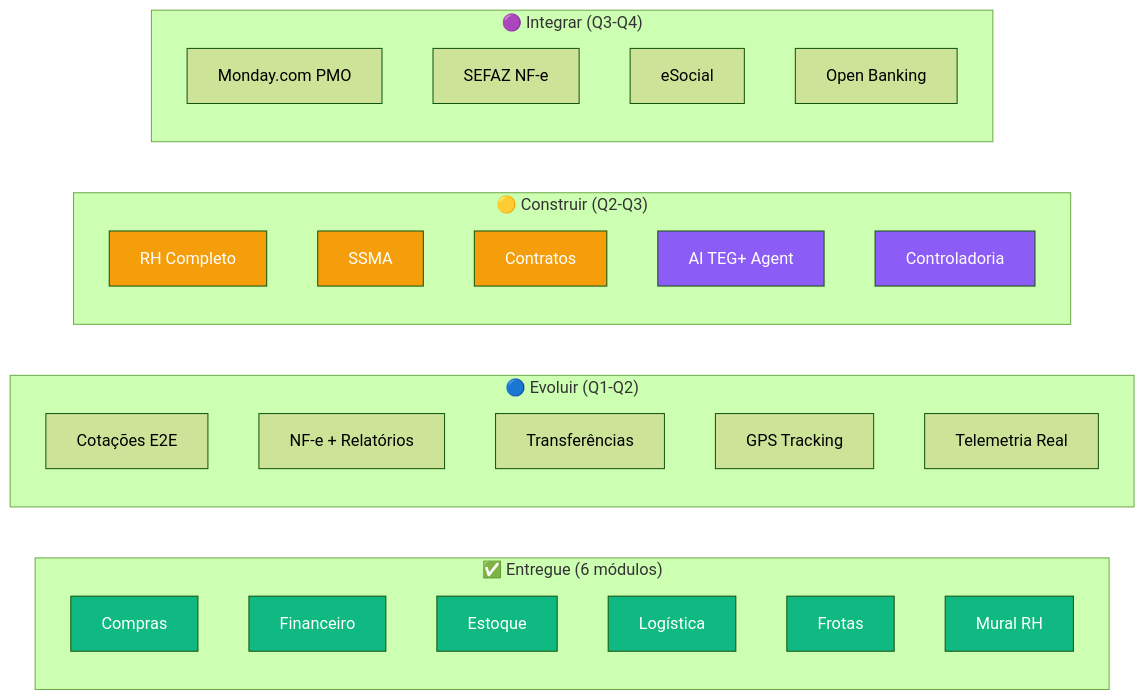
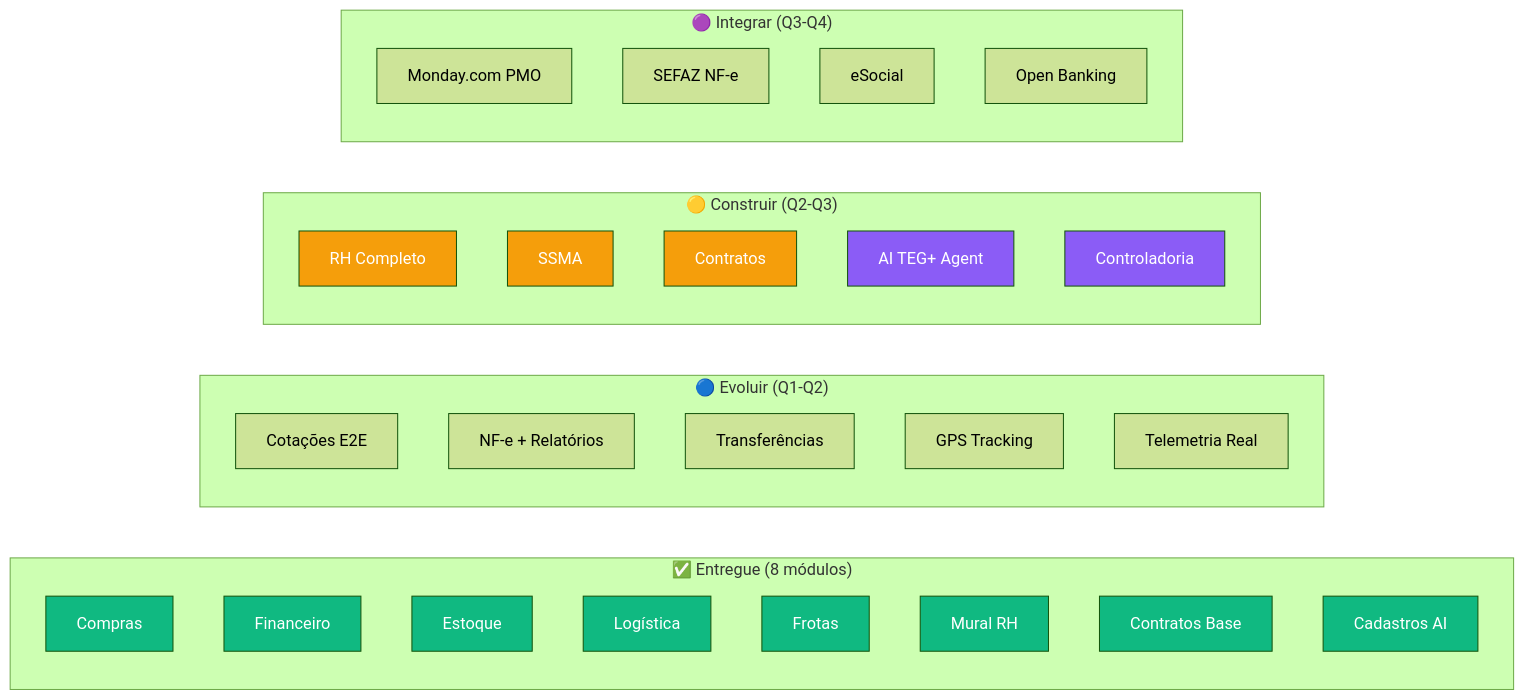
The first of 3 diagrams in docs/obsidian/17 - Roadmap.md (leandroteg/teg-plus), drawn with Mermaid (forest theme) before and after one commit. The commit also changed other lines of this file and 7 other files, not shown here.

````diff
--- a/docs/obsidian/17 - Roadmap.md
+++ b/docs/obsidian/17 - Roadmap.md
@@ -20,46 +20,50 @@
 ```mermaid
 graph LR
-    subgraph ENTREGUE["✅ Entregue (6 módulos)"]
+    subgraph ENTREGUE["✅ Entregue (8 módulos)"]
         C[Compras]
         F[Financeiro]
         E[Estoque]
         L[Logística]
         FR[Frotas]
         MU[Mural RH]
+        CT2[Contratos Base]
+        CAD[Cadastros AI]
     end
 
     subgraph EVOLUIR["🔵 Evoluir (Q1-Q2)"]
         C2[Cotações E2E]
         F2[NF-e + Relatórios]
         E2[Transferências]
         L2[GPS Tracking]
         FR2[Telemetria Real]
     end
 
     subgraph CONSTRUIR["🟡 Construir (Q2-Q3)"]
         RH[RH Completo]
         SS[SSMA]
         CT[Contratos]
         AI[AI TEG+ Agent]
         CO[Controladoria]
     end
 
     subgraph INTEGRAR["🟣 Integrar (Q3-Q4)"]
         MON[Monday.com PMO]
         SEF[SEFAZ NF-e]
         ESO[eSocial]
         OB[Open Banking]
     end
 
     style C fill:#10B981,color:#fff
     style F fill:#10B981,color:#fff
     style E fill:#10B981,color:#fff
     style L fill:#10B981,color:#fff
     style FR fill:#10B981,color:#fff
     style MU fill:#10B981,color:#fff
+    style CT2 fill:#10B981,color:#fff
+    style CAD fill:#10B981,color:#fff
     style RH fill:#F59E0B,color:#fff
     style SS fill:#F59E0B,color:#fff
     style CT fill:#F59E0B,color:#fff
     style AI fill:#8B5CF6,color:#fff
     style CO fill:#8B5CF6,color:#fff
 ```
````
